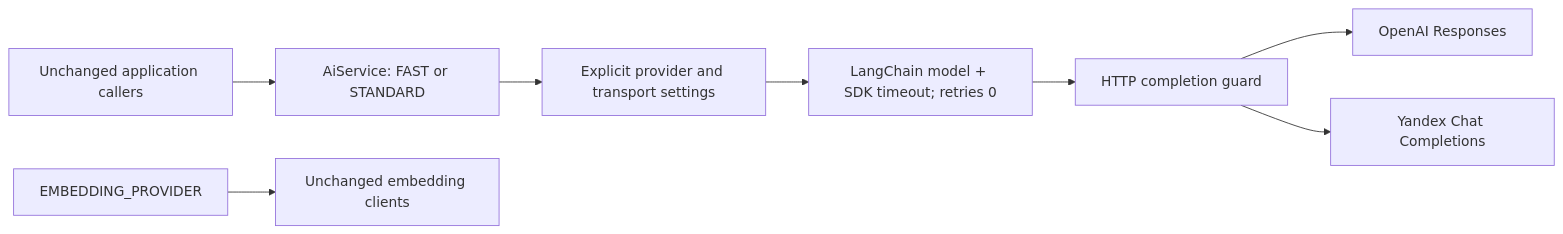
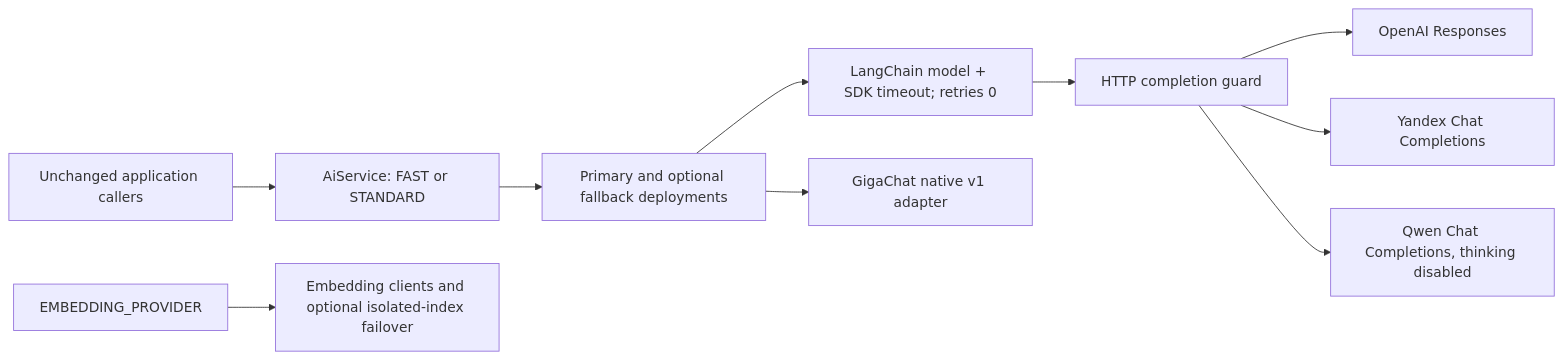
Before and after one commit to Namaskaro/nestjs-api: the diagram in src/ai/README.md, drawn with Mermaid. The commit also changed other lines of this file and 21 other files, not shown here.

Commit message:
feat(ai): add Qwen and GigaChat providers

````diff
--- a/src/ai/README.md
+++ b/src/ai/README.md
@@ -8,10 +20,12 @@
 ```mermaid
 flowchart LR
   A[Unchanged application callers] --> B[AiService: FAST or STANDARD]
-  B --> C[Explicit provider and transport settings]
+  B --> C[Primary and optional fallback deployments]
   C --> D[LangChain model + SDK timeout; retries 0]
   D --> E[HTTP completion guard]
   E --> F[OpenAI Responses]
   E --> G[Yandex Chat Completions]
-  H[EMBEDDING_PROVIDER] --> I[Unchanged embedding clients]
+  E --> Q[Qwen Chat Completions, thinking disabled]
+  C --> J[GigaChat native v1 adapter]
+  H[EMBEDDING_PROVIDER] --> I[Embedding clients and optional isolated-index failover]
 ```
````
